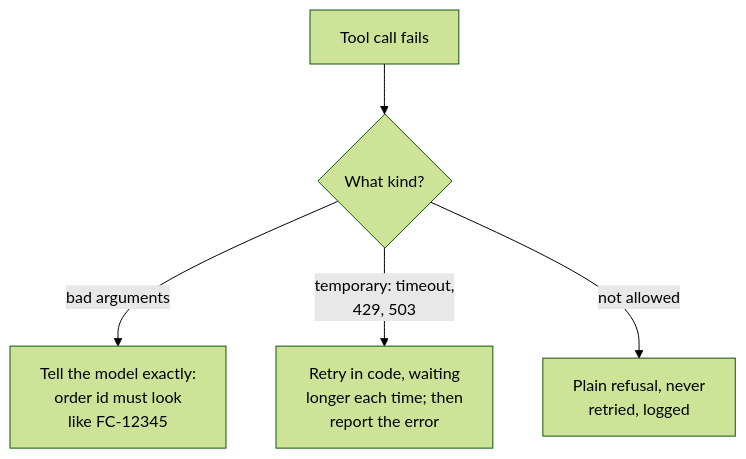
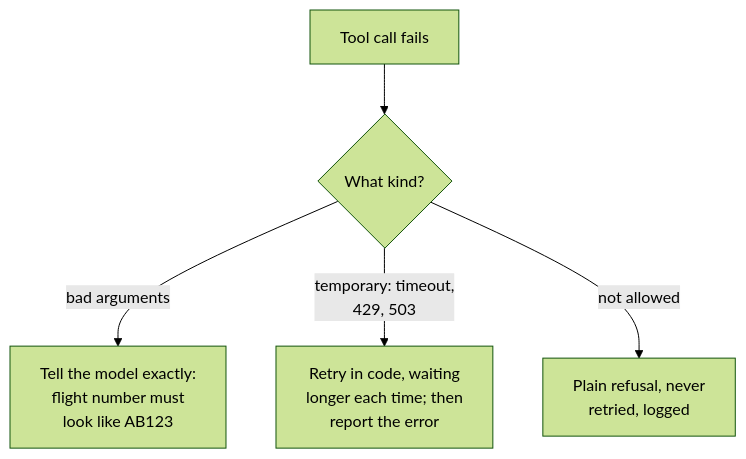
Before and after one commit to shubamchaudhary/CodeNITW: the third of 7 diagrams in src/Data/aiStackDocs/CH-05.md, drawn with Mermaid (forest theme). The commit also changed other lines of this file and 32 other files, not shown here.

````diff
--- a/src/Data/aiStackDocs/CH-05.md
+++ b/src/Data/aiStackDocs/CH-05.md
@@ -53,7 +51,7 @@
 ```mermaid
 flowchart TB
     E["Tool call fails"] --> K{"What kind?"}
-    K -->|"bad arguments"| A["Tell the model exactly:<br/>order id must look<br/>like FC-12345"]
+    K -->|"bad arguments"| A["Tell the model exactly:<br/>flight number must<br/>look like AB123"]
     K -->|"temporary: timeout,<br/>429, 503"| B["Retry in code, waiting<br/>longer each time; then<br/>report the error"]
     K -->|"not allowed"| C["Plain refusal, never<br/>retried, logged"]
 ```
````
